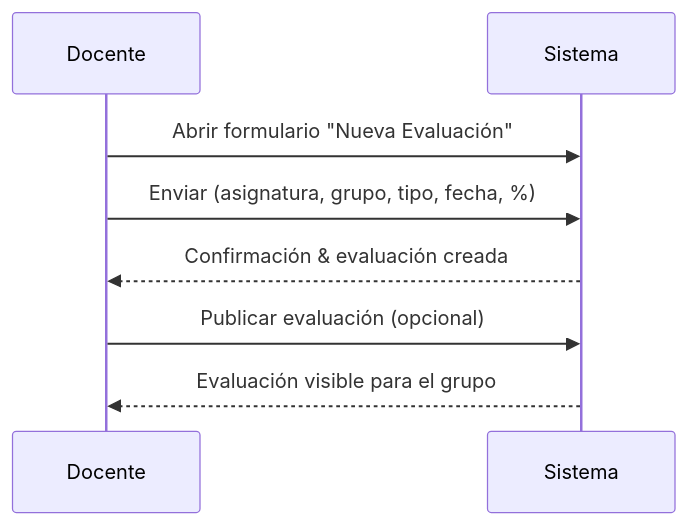
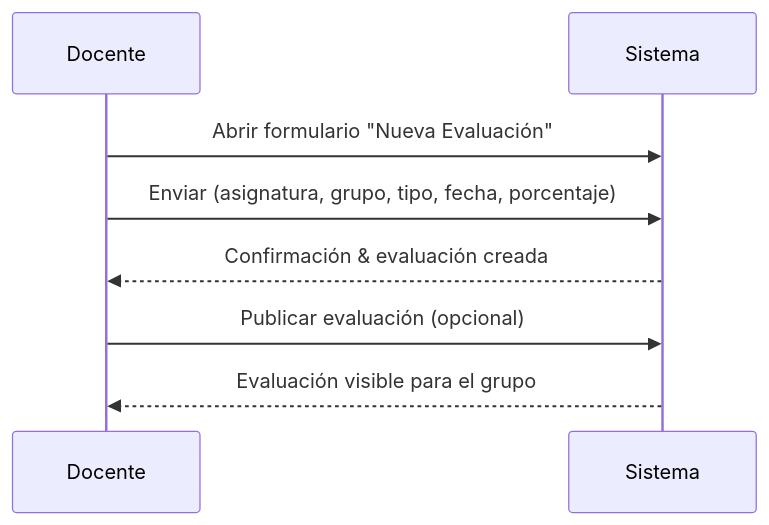
Before and after one commit to adcuelloa/school-management-system: the third of 3 diagrams in README.md, drawn with Mermaid. The commit also changed other lines of this file, not shown here.

Commit message:
fix: correct formatting in mermaid diagrams for better readability

````diff
--- a/README.md
+++ b/README.md
@@ -184,10 +184,10 @@
 ```mermaid
 sequenceDiagram
   participant Docente
   participant Sistema
   Docente->>Sistema: Abrir formulario "Nueva Evaluación"
-  Docente->>Sistema: Enviar (asignatura, grupo, tipo, fecha, %)
+  Docente->>Sistema: Enviar (asignatura, grupo, tipo, fecha, porcentaje)
   Sistema-->>Docente: Confirmación & evaluación creada
   Docente->>Sistema: Publicar evaluación (opcional)
   Sistema-->>Docente: Evaluación visible para el grupo
 ```
````
